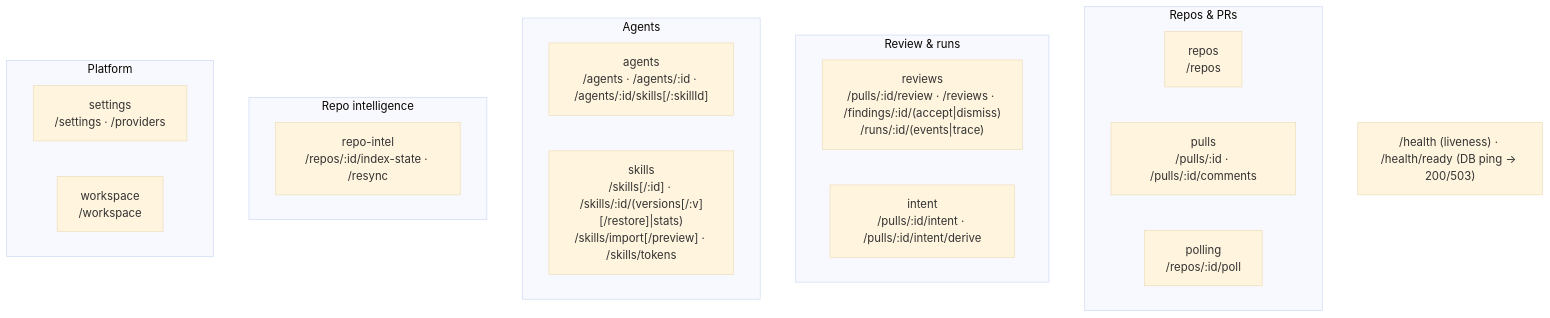
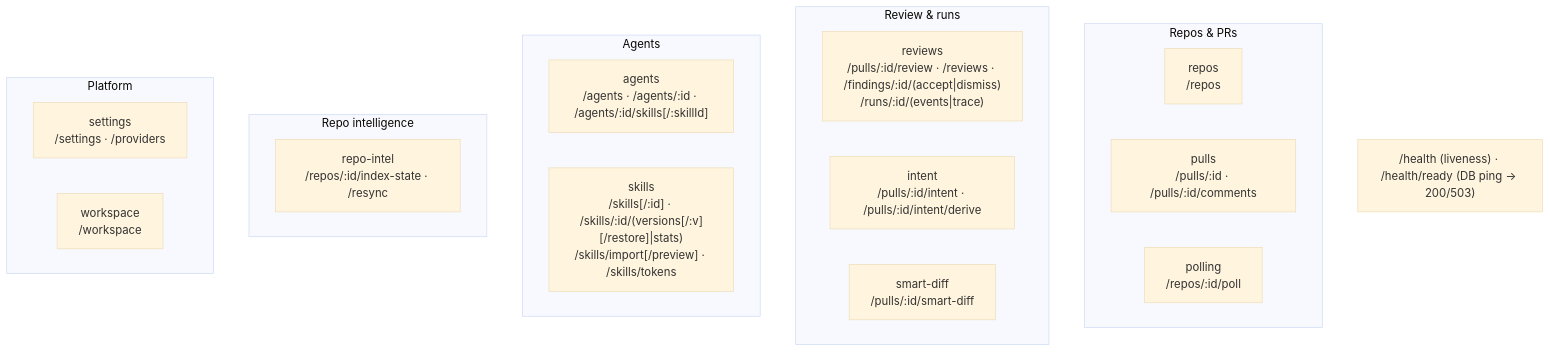
The second of 2 diagrams in server/README.md (shofulk/dev-digest), drawn with Mermaid (base theme) before and after one commit. The commit also changed other lines of this file and 13 other files, not shown here.

First line of the commit message:
feat(smart-diff): add GET /pulls/:id/smart-diff role classifier

````diff
--- a/server/README.md
+++ b/server/README.md
@@ -64,24 +64,25 @@
 ```mermaid
 flowchart TB
   subgraph Repos_PRs["Repos & PRs"]
     repos["repos<br/>/repos"]
     pulls["pulls<br/>/pulls/:id · /pulls/:id/comments"]
     polling["polling<br/>/repos/:id/poll"]
   end
   subgraph Review["Review & runs"]
     reviews["reviews<br/>/pulls/:id/review · /reviews · /findings/:id/(accept|dismiss)<br/>/runs/:id/(events|trace)"]
     intent["intent<br/>/pulls/:id/intent · /pulls/:id/intent/derive"]
+    smartDiff["smart-diff<br/>/pulls/:id/smart-diff"]
   end
   subgraph Agents["Agents"]
     agents["agents<br/>/agents · /agents/:id · /agents/:id/skills[/:skillId]"]
     skills["skills<br/>/skills[/:id] · /skills/:id/(versions[/:v][/restore]|stats)<br/>/skills/import[/preview] · /skills/tokens"]
   end
   subgraph Intel["Repo intelligence"]
     repoIntel["repo-intel<br/>/repos/:id/index-state · /resync"]
   end
   subgraph Platform["Platform"]
     settings["settings<br/>/settings · /providers"]
     workspace["workspace<br/>/workspace"]
   end
   HEALTH["/health (liveness) · /health/ready (DB ping → 200/503)"]
 ```
````
